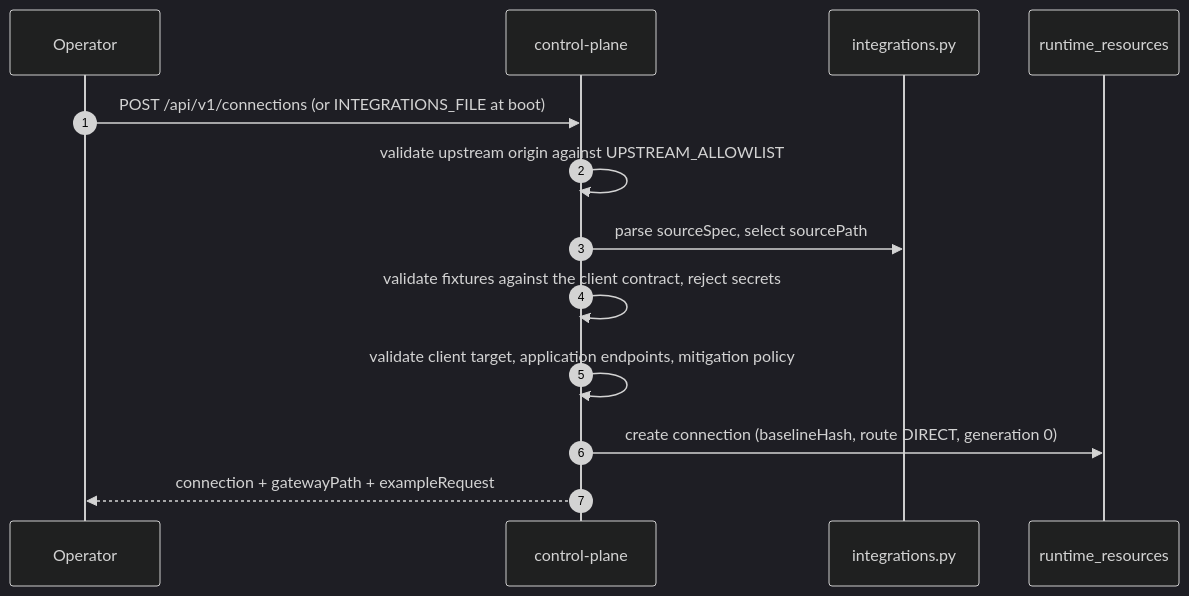
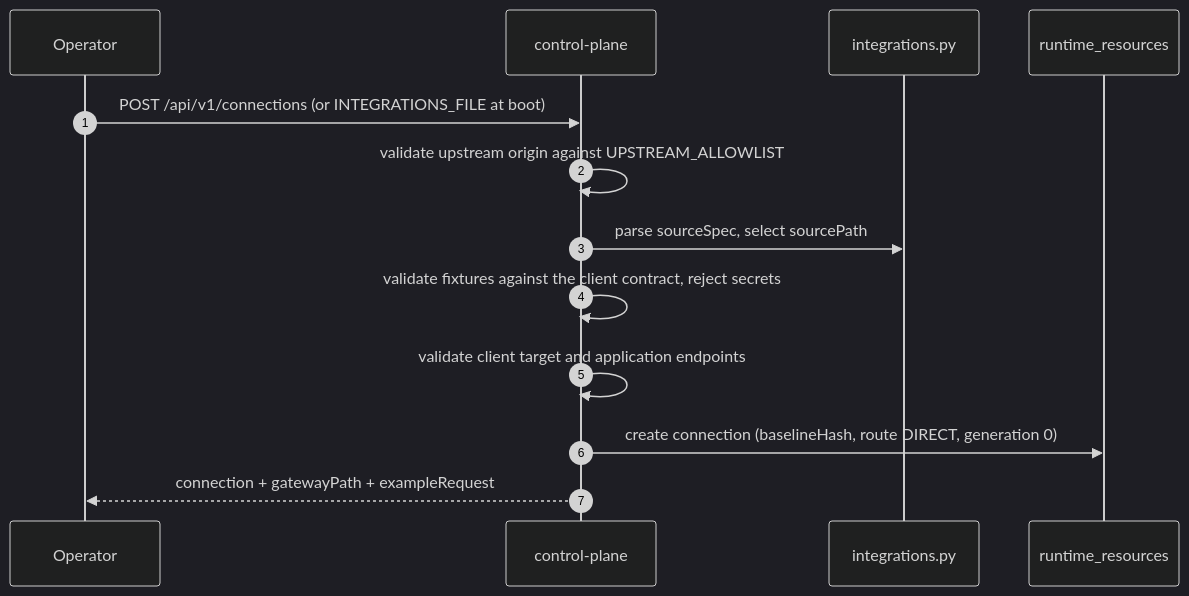
Before and after one commit to mtwn105/contractbridge: the fourth of 17 diagrams in docs/low-level-design.md, drawn with Mermaid (dark theme). The commit also changed other lines of this file and 25 other files, not shown here.

First line of the commit message:
Replace pinned mitigation policy with operator review loop

````diff
--- a/docs/low-level-design.md
+++ b/docs/low-level-design.md
@@ -301,16 +301,16 @@
 ```mermaid
 sequenceDiagram
     autonumber
     participant OP as Operator
     participant API as control-plane
     participant REG as integrations.py
     participant DB as runtime_resources
 
     OP->>API: POST /api/v1/connections (or INTEGRATIONS_FILE at boot)
     API->>API: validate upstream origin against UPSTREAM_ALLOWLIST
     API->>REG: parse sourceSpec, select sourcePath
     API->>API: validate fixtures against the client contract, reject secrets
-    API->>API: validate client target, application endpoints, mitigation policy
+    API->>API: validate client target and application endpoints
     API->>DB: create connection (baselineHash, route DIRECT, generation 0)
     API-->>OP: connection + gatewayPath + exampleRequest
 ```
````
